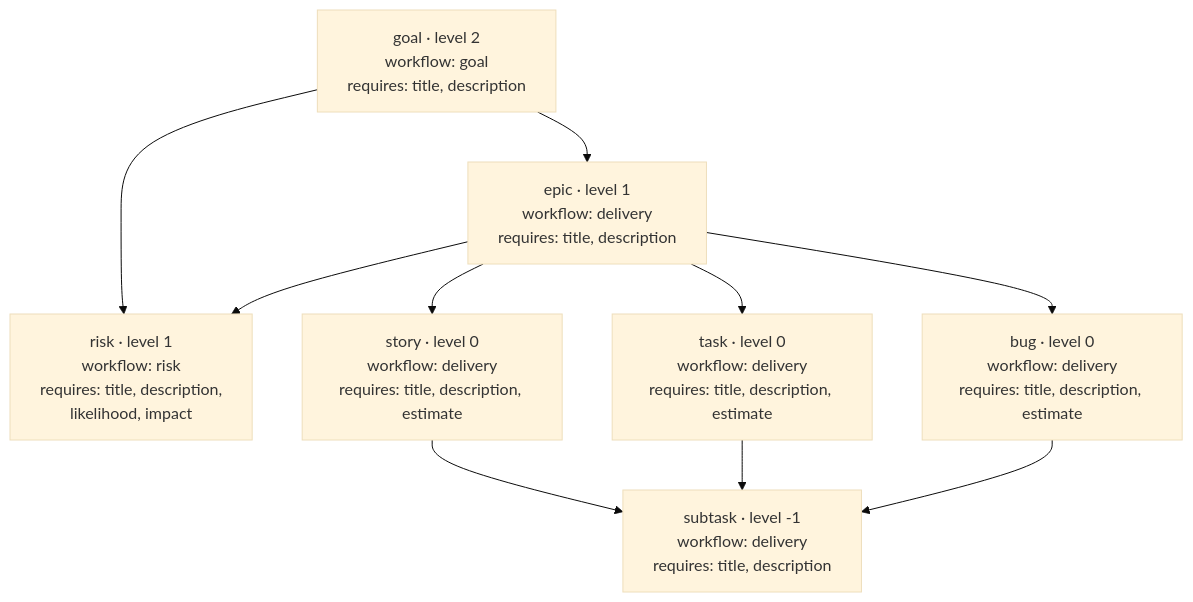
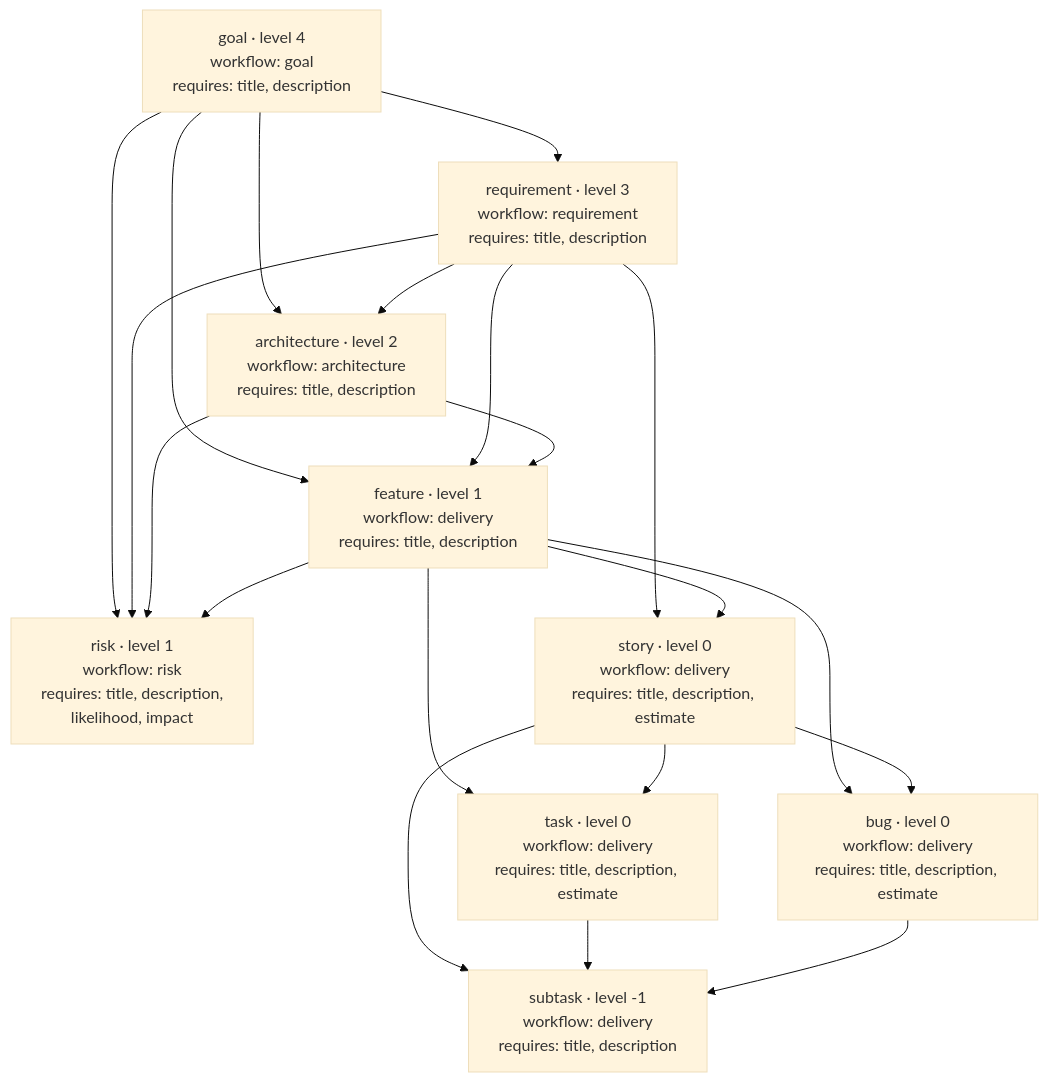
One commit to hjr15/blaze changed the third of 4 diagrams in docs/architecture.md. Above: the diagram before and after it, drawn with Mermaid (base theme). The commit also changed other lines of this file and 10 other files, not shown here.

````diff
--- a/docs/architecture.md
+++ b/docs/architecture.md
@@ -175,20 +175,32 @@
 ```mermaid
 flowchart TD
-    goal["goal · level 2<br/>workflow: goal<br/>requires: title, description"]
-    epic["epic · level 1<br/>workflow: delivery<br/>requires: title, description"]
+    goal["goal · level 4<br/>workflow: goal<br/>requires: title, description"]
+    requirement["requirement · level 3<br/>workflow: requirement<br/>requires: title, description"]
+    architecture["architecture · level 2<br/>workflow: architecture<br/>requires: title, description"]
+    feature["feature · level 1<br/>workflow: delivery<br/>requires: title, description"]
     risk["risk · level 1<br/>workflow: risk<br/>requires: title, description,<br/>likelihood, impact"]
     story["story · level 0<br/>workflow: delivery<br/>requires: title, description, estimate"]
     task["task · level 0<br/>workflow: delivery<br/>requires: title, description, estimate"]
     bug["bug · level 0<br/>workflow: delivery<br/>requires: title, description, estimate"]
     subtask["subtask · level -1<br/>workflow: delivery<br/>requires: title, description"]
 
-    goal --> epic
+    goal --> requirement
+    goal --> architecture
+    goal --> feature
     goal --> risk
-    epic --> risk
-    epic --> story
-    epic --> task
-    epic --> bug
+    requirement --> architecture
+    requirement --> feature
+    requirement --> story
+    requirement --> risk
+    architecture --> feature
+    architecture --> risk
+    feature --> story
+    feature --> task
+    feature --> bug
+    feature --> risk
+    story --> task
+    story --> bug
     story --> subtask
     task --> subtask
     bug --> subtask
 ```
````
